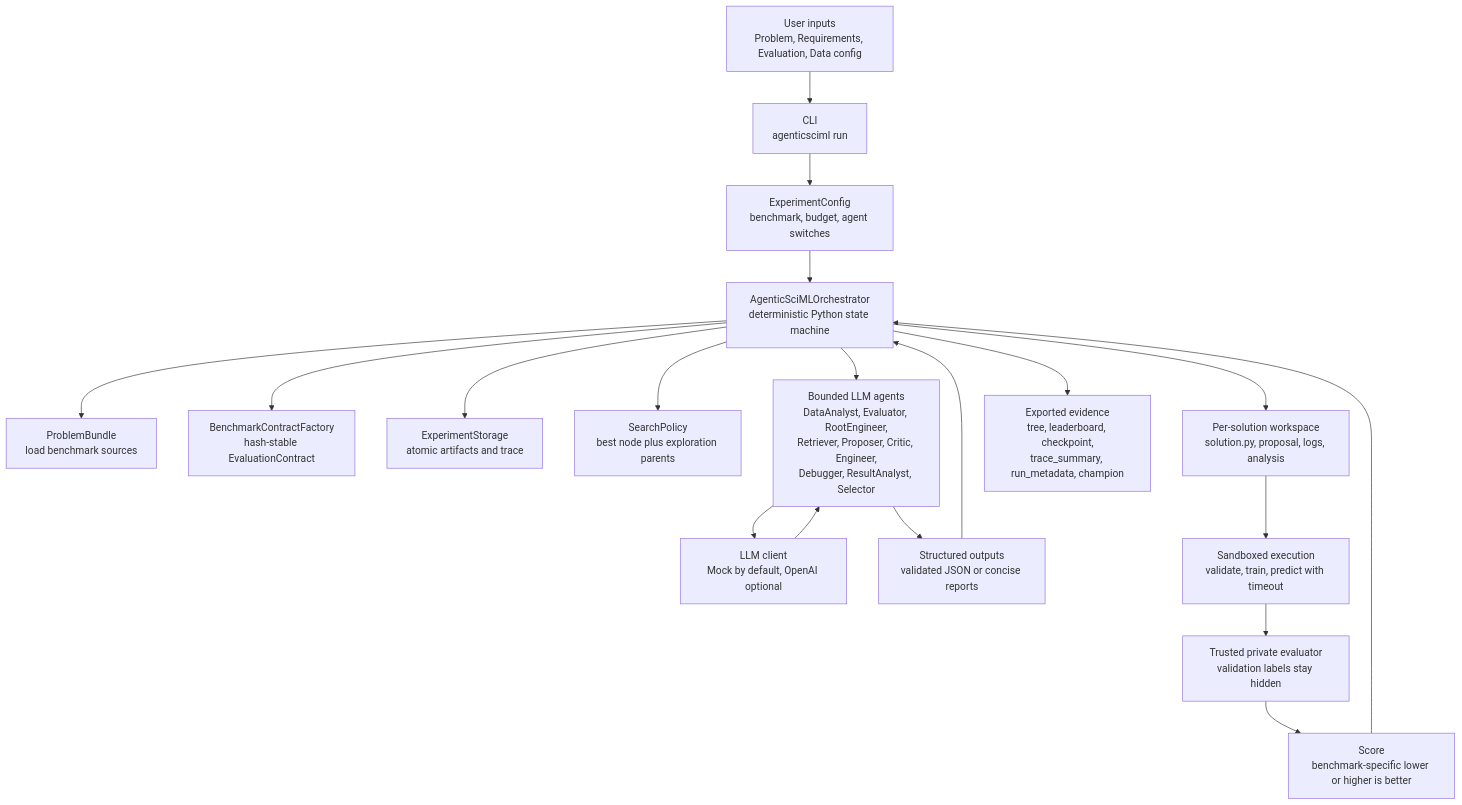
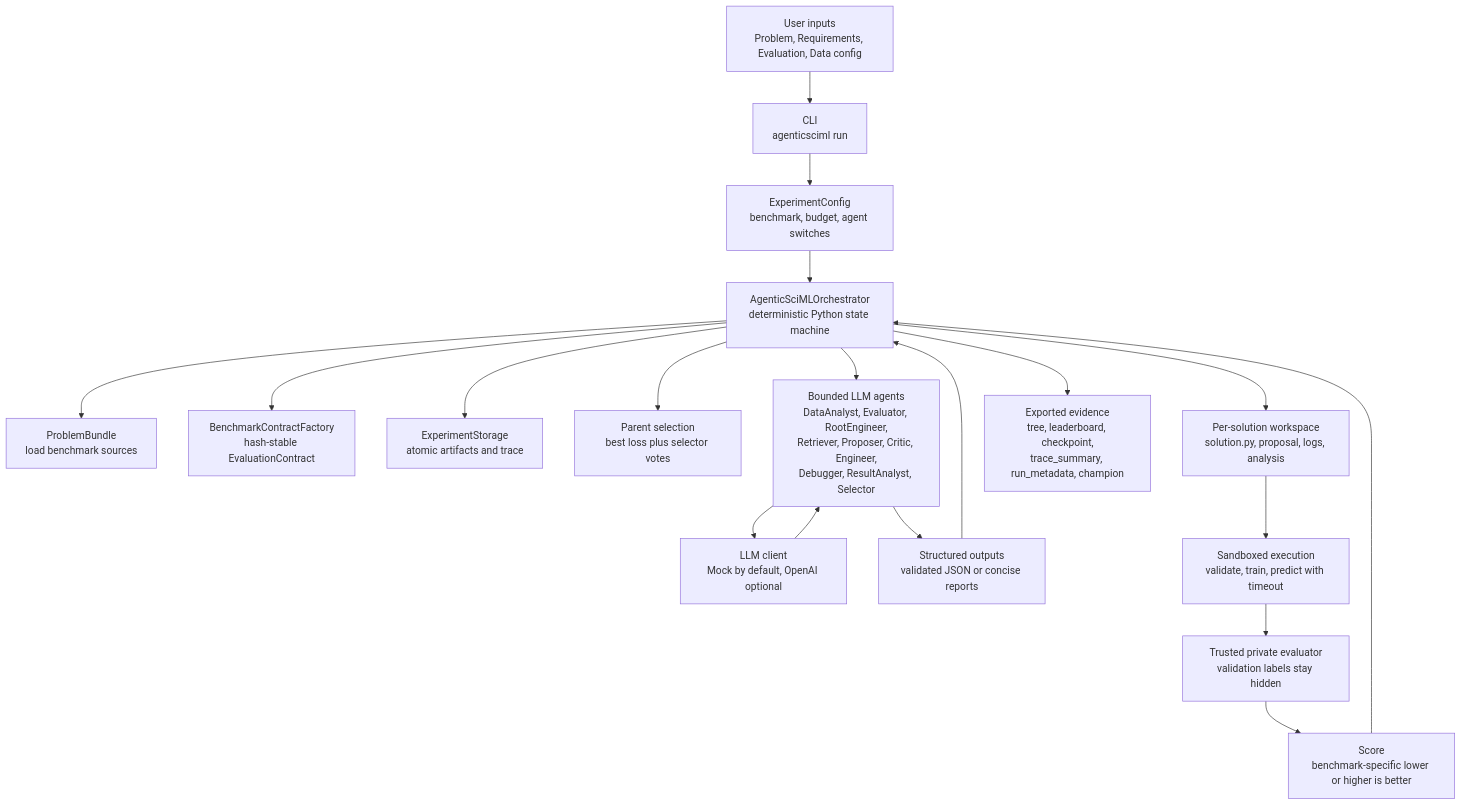
One commit to err0r4eve3/agenticsciml-repro changed the first of 3 diagrams in docs/mentor_progress_figures.md. Above: the diagram before and after it, drawn with Mermaid. The commit also changed other lines of this file and 29 other files, not shown here.

````diff
--- a/docs/mentor_progress_figures.md
+++ b/docs/mentor_progress_figures.md
@@ -22,26 +22,26 @@
 ```mermaid
 flowchart TB
   user["User inputs<br/>Problem, Requirements, Evaluation, Data config"] --> cli["CLI<br/>agenticsciml run"]
   cli --> config["ExperimentConfig<br/>benchmark, budget, agent switches"]
   config --> orchestrator["AgenticSciMLOrchestrator<br/>deterministic Python state machine"]
 
   orchestrator --> bundle["ProblemBundle<br/>load benchmark sources"]
   orchestrator --> contract["BenchmarkContractFactory<br/>hash-stable EvaluationContract"]
   orchestrator --> storage["ExperimentStorage<br/>atomic artifacts and trace"]
-  orchestrator --> policy["SearchPolicy<br/>best node plus exploration parents"]
+  orchestrator --> policy["Parent selection<br/>best loss plus selector votes"]
 
   orchestrator --> agents["Bounded LLM agents<br/>DataAnalyst, Evaluator, RootEngineer,<br/>Retriever, Proposer, Critic, Engineer,<br/>Debugger, ResultAnalyst, Selector"]
   agents --> llm["LLM client<br/>Mock by default, OpenAI optional"]
   llm --> agents
 
   agents --> structured["Structured outputs<br/>validated JSON or concise reports"]
   structured --> orchestrator
 
   orchestrator --> workspace["Per-solution workspace<br/>solution.py, proposal, logs, analysis"]
   workspace --> sandbox["Sandboxed execution<br/>validate, train, predict with timeout"]
   sandbox --> private_eval["Trusted private evaluator<br/>validation labels stay hidden"]
   private_eval --> score["Score<br/>benchmark-specific lower or higher is better"]
   score --> orchestrator
 
   orchestrator --> reports["Exported evidence<br/>tree, leaderboard, checkpoint,<br/>trace_summary, run_metadata, champion"]
 ```
````
